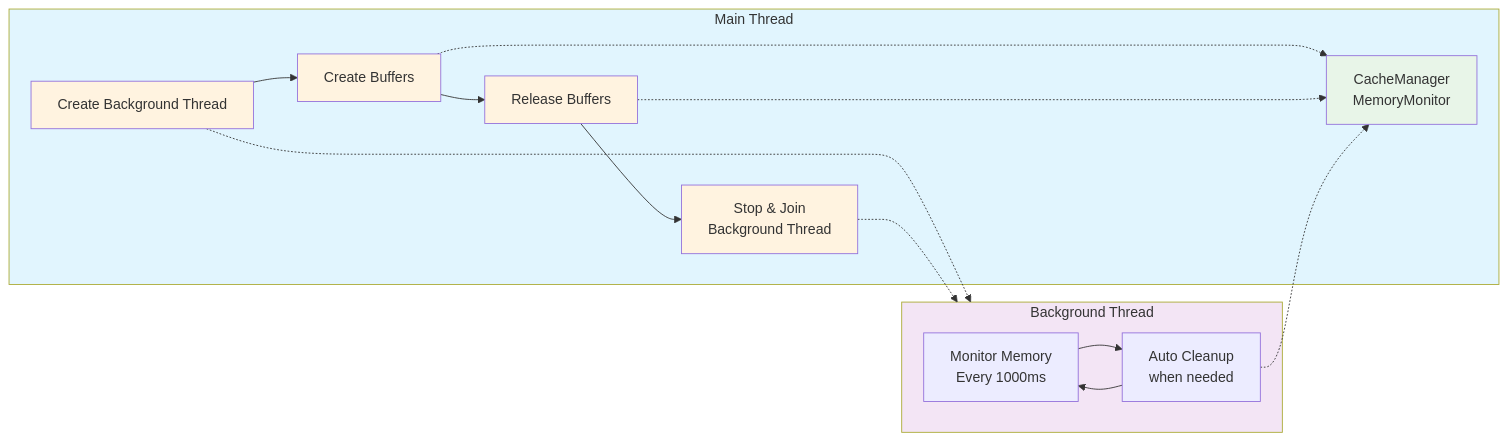
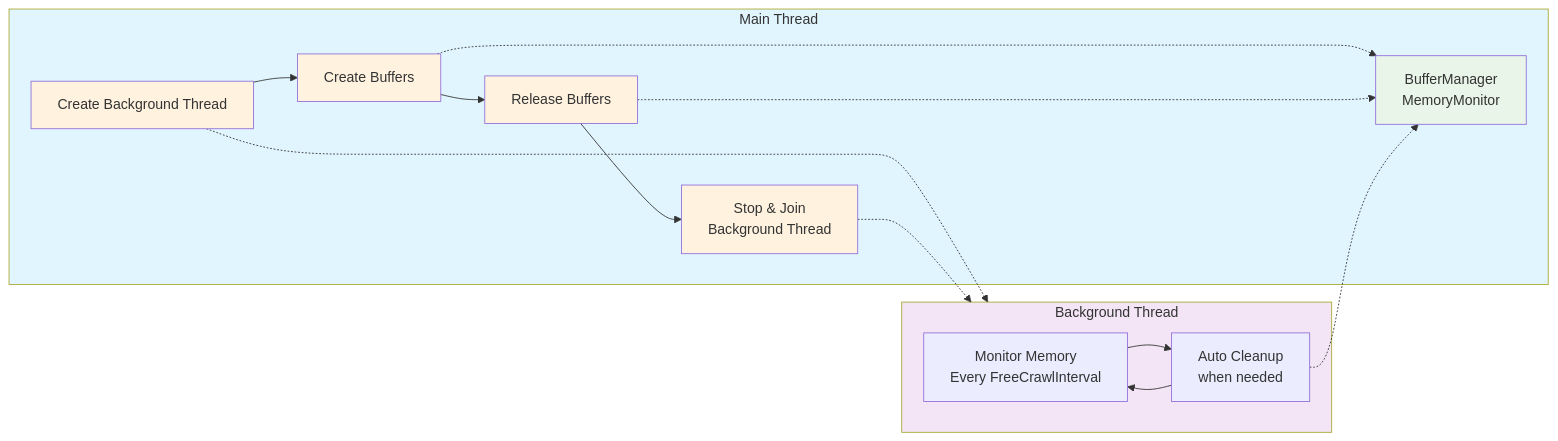
The third of 4 diagrams in source/pageableBuffer/README.md (Autodesk/hydra-viewport-toolbox), drawn with Mermaid before and after one commit. The commit also changed other lines of this file, not shown here.

````diff
--- a/source/pageableBuffer/README.md
+++ b/source/pageableBuffer/README.md
@@ -260,27 +287,27 @@
 ```mermaid
 graph LR
     subgraph I["Main Thread"]
         A["Create Background Thread"] --> B["Create Buffers"]
         B --> G["Release Buffers"]
         G --> C["Stop & Join<br/>Background Thread"]
-        F["CacheManager<br/>MemoryMonitor"]
+        F["BufferManager<br/>MemoryMonitor"]
     end
     
     subgraph H["Background Thread"]
-        D["Monitor Memory<br/>Every 1000ms"] --> E["Auto Cleanup<br/>when needed"]
+        D["Monitor Memory<br/>Every FreeCrawlInterval"] --> E["Auto Cleanup<br/>when needed"]
         E --> D
     end
     
     A -.-> H
     B -.-> F
     G -.-> F
     E -.-> F
     C -.-> H
     
     classDef main fill:#fff3e0
     class A,B,C,G main
 
     style I fill:#e1f5fe
     style H fill:#f3e5f5
     style F fill:#e8f5e8
 ```
````
